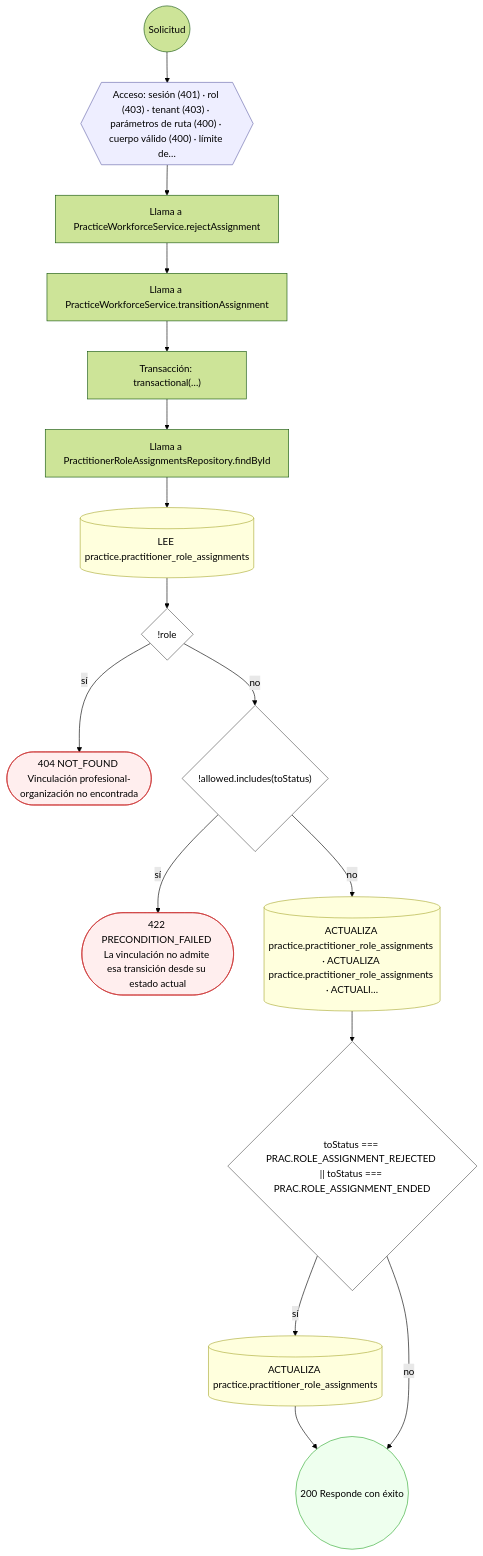
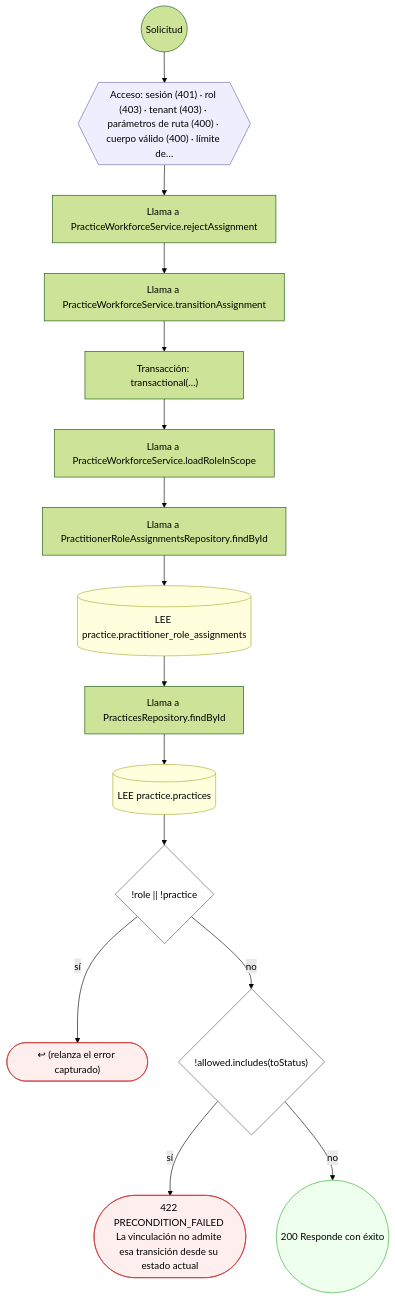
Diagram 25 of 30 in docs/inventario/flujos/practice.md (mdavila-2001/mantra-core-health-api), drawn with Mermaid (forest theme) before and after one commit. The commit also changed other lines of this file and 438 other files, not shown here.

````diff
--- a/docs/inventario/flujos/practice.md
+++ b/docs/inventario/flujos/practice.md
@@ -1663,39 +1640,38 @@
 ```mermaid
 flowchart TD
   n1(("Solicitud")):::inicio
   n2{{"Acceso: sesión (401) · rol (403) · tenant (403) · parámetros de ruta (400) · cuerpo válido (400) · límite de…"}}:::acceso
   n1 --> n2
   n3["Llama a PracticeWorkforceService.rejectAssignment"]:::llamada
   n2 --> n3
   n4["Llama a PracticeWorkforceService.transitionAssignment"]:::llamada
   n3 --> n4
   n5["Transacción: transactional(…)"]:::transaccion
   n4 --> n5
-  n6["Llama a PractitionerRoleAssignmentsRepository.findById"]:::llamada
+  n6["Llama a PracticeWorkforceService.loadRoleInScope"]:::llamada
   n5 --> n6
-  n7[("LEE practice.practitioner_role_assignments")]:::efecto
+  n7["Llama a PractitionerRoleAssignmentsRepository.findById"]:::llamada
   n6 --> n7
-  n8{"!role"}:::decision
+  n8[("LEE practice.practitioner_role_assignments")]:::efecto
   n7 --> n8
-  n9(["404 NOT_FOUND Vinculación profesional-organización no encontrada"]):::error
-  n8 -->|"sí"| n9
-  n10{"!allowed.includes(toStatus)"}:::decision
-  n8 -->|"no"| n10
-  n11(["422 PRECONDITION_FAILED La vinculación no admite esa transición desde su estado actual"]):::error
-  n10 -->|"sí"| n11
-  n12[("ACTUALIZA practice.practitioner_role_assignments · ACTUALIZA practice.practitioner_role_assignments · ACTUALI…")]:::efecto
-  n10 -->|"no"| n12
-  n13{"toStatus === PRAC.ROLE_ASSIGNMENT_REJECTED || toStatus === PRAC.ROLE_ASSIGNMENT_ENDED"}:::decision
-  n12 --> n13
-  n14[("ACTUALIZA practice.practitioner_role_assignments")]:::efecto
+  n9["Llama a PracticesRepository.findById"]:::llamada
+  n8 --> n9
+  n10[("LEE practice.practices")]:::efecto
+  n9 --> n10
+  n11{"!role || !practice"}:::decision
+  n10 --> n11
+  n12(["↩ (relanza el error capturado)"]):::error
+  n11 -->|"sí"| n12
+  n13{"!allowed.includes(toStatus)"}:::decision
+  n11 -->|"no"| n13
+  n14(["422 PRECONDITION_FAILED La vinculación no admite esa transición desde su estado actual"]):::error
   n13 -->|"sí"| n14
   n15(("200 Responde con éxito")):::ok
-  n14 --> n15
   n13 -->|"no"| n15
   classDef acceso fill:#eef,stroke:#66a
   classDef error fill:#fee,stroke:#c33
   classDef ok fill:#efe,stroke:#3a3
   classDef efecto fill:#ffd,stroke:#aa3
   classDef decision fill:#fff,stroke:#555
   classDef corte fill:#eee,stroke:#999,stroke-dasharray: 4
 ```
````
